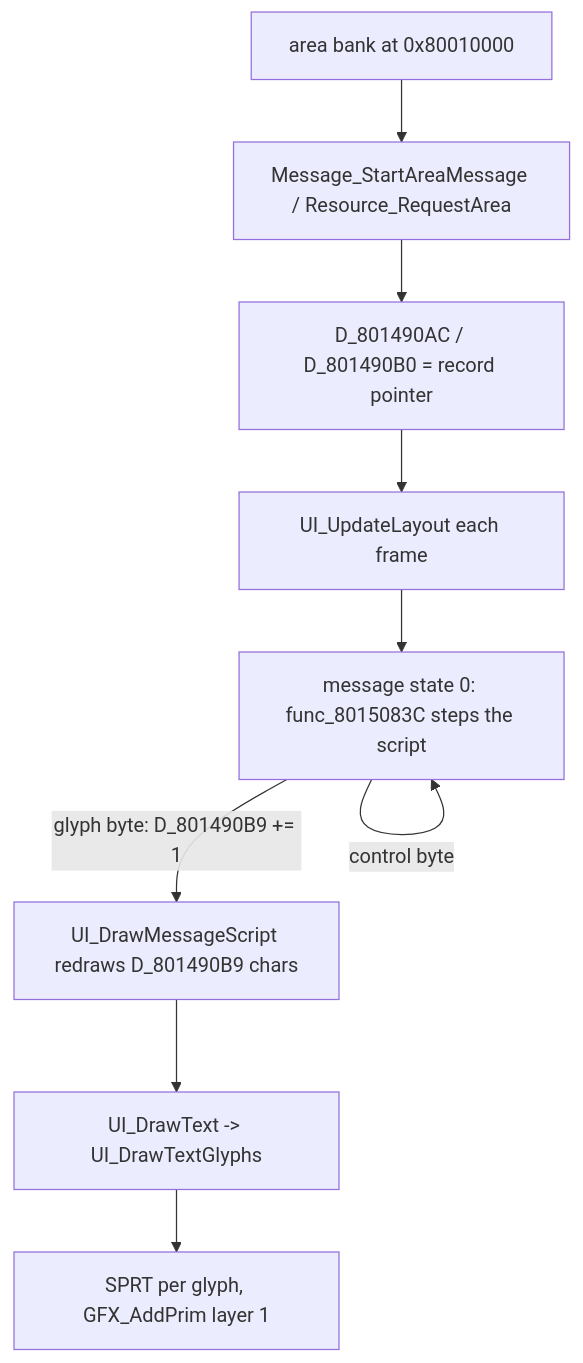
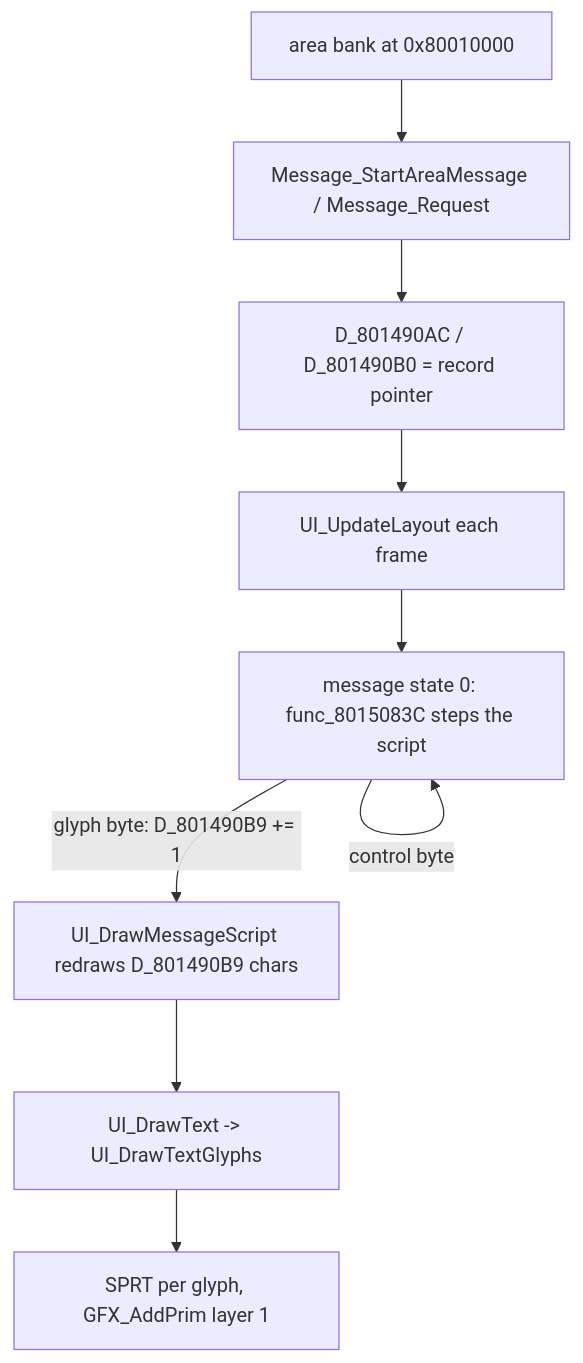
One commit to raulcorreia7/bof3-wiki changed the first of 2 diagrams in src/content/docs/systems/ui.md. Above: the diagram before and after it, drawn with Mermaid. The commit also changed other lines of this file and 29 other files, not shown here.

````diff
--- a/src/content/docs/systems/ui.md
+++ b/src/content/docs/systems/ui.md
@@ -28,11 +28,11 @@
 ```mermaid
 flowchart TD
-    A["area bank at 0x80010000"] --> B["Message_StartAreaMessage / Resource_RequestArea"]
+    A["area bank at 0x80010000"] --> B["Message_StartAreaMessage / Message_Request"]
     B --> C["D_801490AC / D_801490B0 = record pointer"]
     C --> D["UI_UpdateLayout each frame"]
     D --> E["message state 0: func_8015083C steps the script"]
     E -->|"glyph byte: D_801490B9 += 1"| F["UI_DrawMessageScript redraws D_801490B9 chars"]
     F --> G["UI_DrawText -> UI_DrawTextGlyphs"]
     G --> H["SPRT per glyph, GFX_AddPrim layer 1"]
     E -->|"control byte"| E
 ```
````
